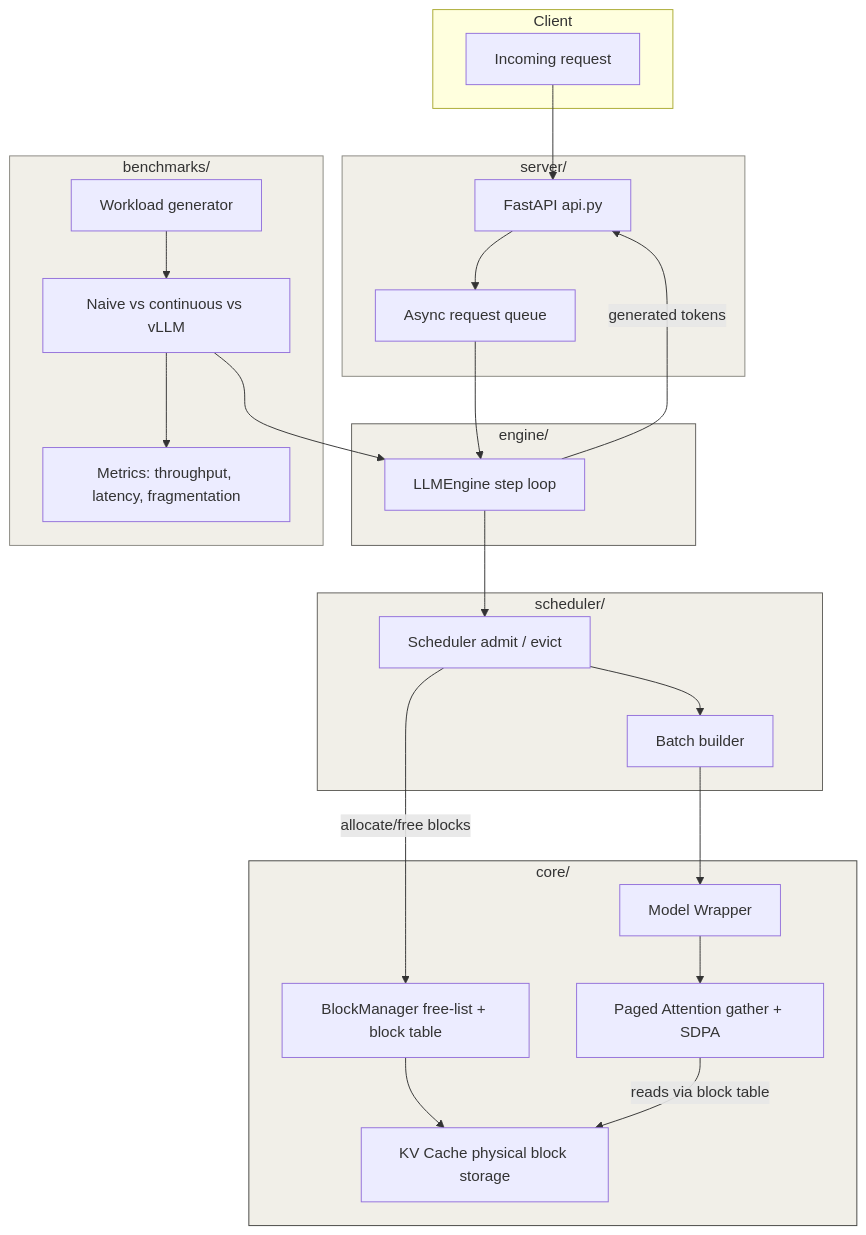
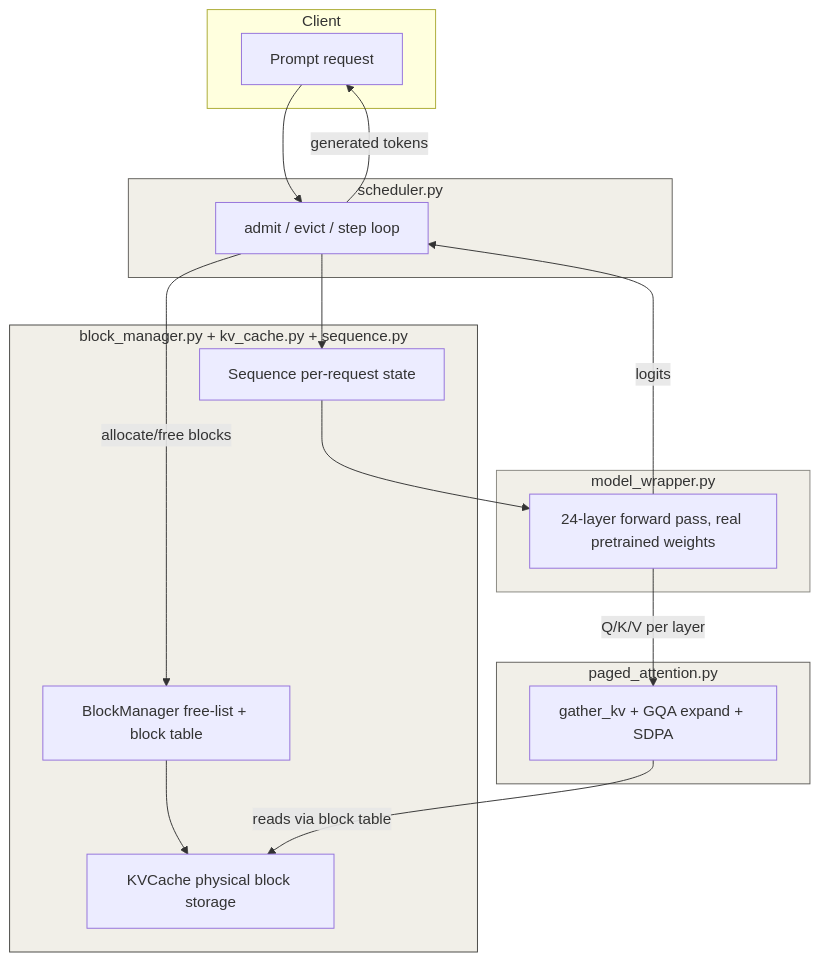
One commit to grvwrk/pico-vllm changed the diagram in README.md. Above: the diagram before and after it, drawn with Mermaid. The commit also changed other lines of this file and 14 other files, not shown here.

First line of the commit message:
Add continuous batching benchmarks and finalize README

````diff
--- a/README.md
+++ b/README.md
@@ -3,52 +66,39 @@
 ```mermaid
 flowchart TB
     subgraph Client
-        A[Incoming request]
+        A[Prompt request]
     end
 
-    subgraph Server["server/"]
-        B[FastAPI api.py]
-        C[Async request queue]
+    subgraph Scheduler["scheduler.py"]
+        E[admit / evict / step loop]
     end
 
-    subgraph Engine["engine/"]
-        D[LLMEngine step loop]
+    subgraph Core["block_manager.py + kv_cache.py + sequence.py"]
+        G[BlockManager free-list + block table]
+        H[KVCache physical block storage]
+        S[Sequence per-request state]
     end
 
-    subgraph Scheduler["scheduler/"]
-        E[Scheduler admit / evict]
-        F[Batch builder]
+    subgraph Attention["paged_attention.py"]
+        I[gather_kv + GQA expand + SDPA]
     end
 
-    subgraph Core["core/"]
-        G[BlockManager free-list + block table]
-        H[KV Cache physical block storage]
-        I[Paged Attention gather + SDPA]
-        J[Model Wrapper]
+    subgraph Model["model_wrapper.py"]
+        J[24-layer forward pass, real pretrained weights]
     end
 
-    subgraph Benchmarks["benchmarks/"]
-        K[Workload generator]
-        L[Naive vs continuous vs vLLM]
-        M[Metrics: throughput, latency, fragmentation]
-    end
-
-    A --> B --> C --> D
-    D --> E
-    E --> F
+    A --> E
     E -->|allocate/free blocks| G
     G --> H
-    F --> J
-    J --> I
+    E --> S
+    S --> J
+    J -->|Q/K/V per layer| I
     I -->|reads via block table| H
-    D -->|generated tokens| B
-
-    K --> L --> D
-    L --> M
+    J -->|logits| E
+    E -->|generated tokens| A
 
     style Core fill:#f1efe8,stroke:#444441
     style Scheduler fill:#f1efe8,stroke:#5f5e5a
-    style Engine fill:#f1efe8,stroke:#5f5e5a
-    style Server fill:#f1efe8,stroke:#888780
-    style Benchmarks fill:#f1efe8,stroke:#888780
+    style Attention fill:#f1efe8,stroke:#5f5e5a
+    style Model fill:#f1efe8,stroke:#888780
 ```
````
